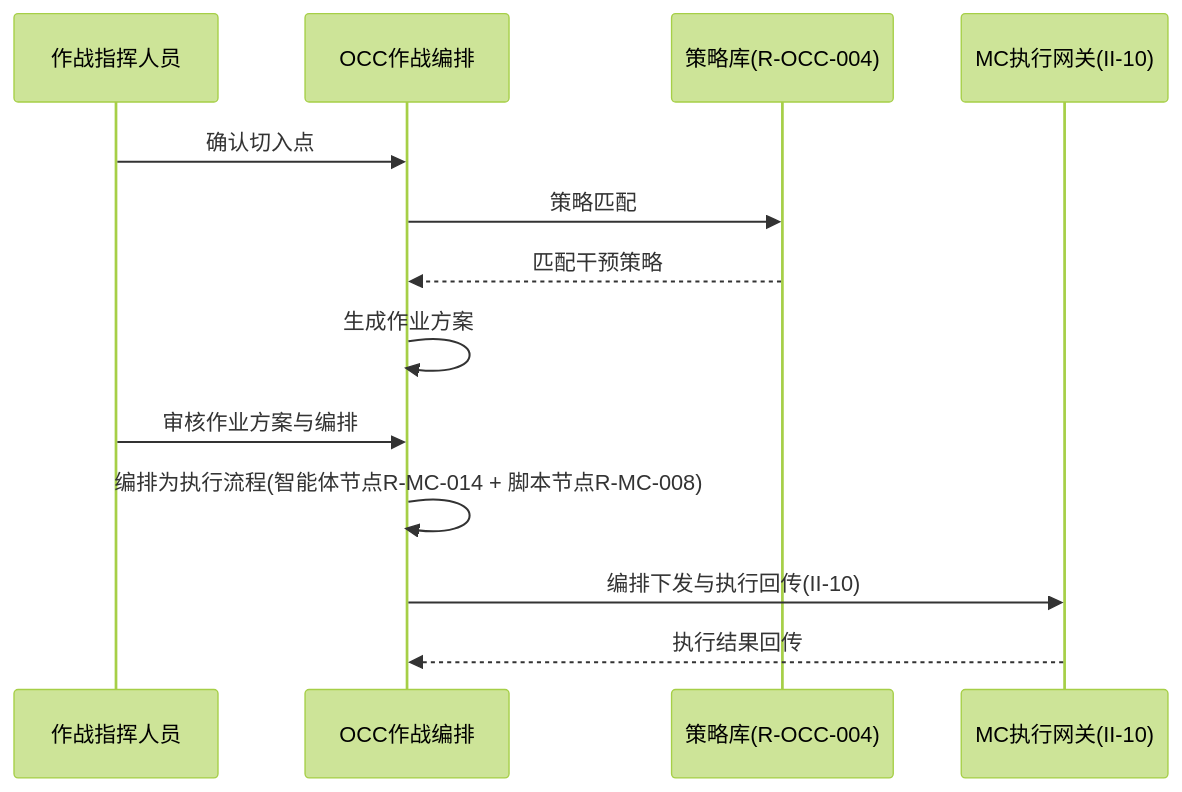
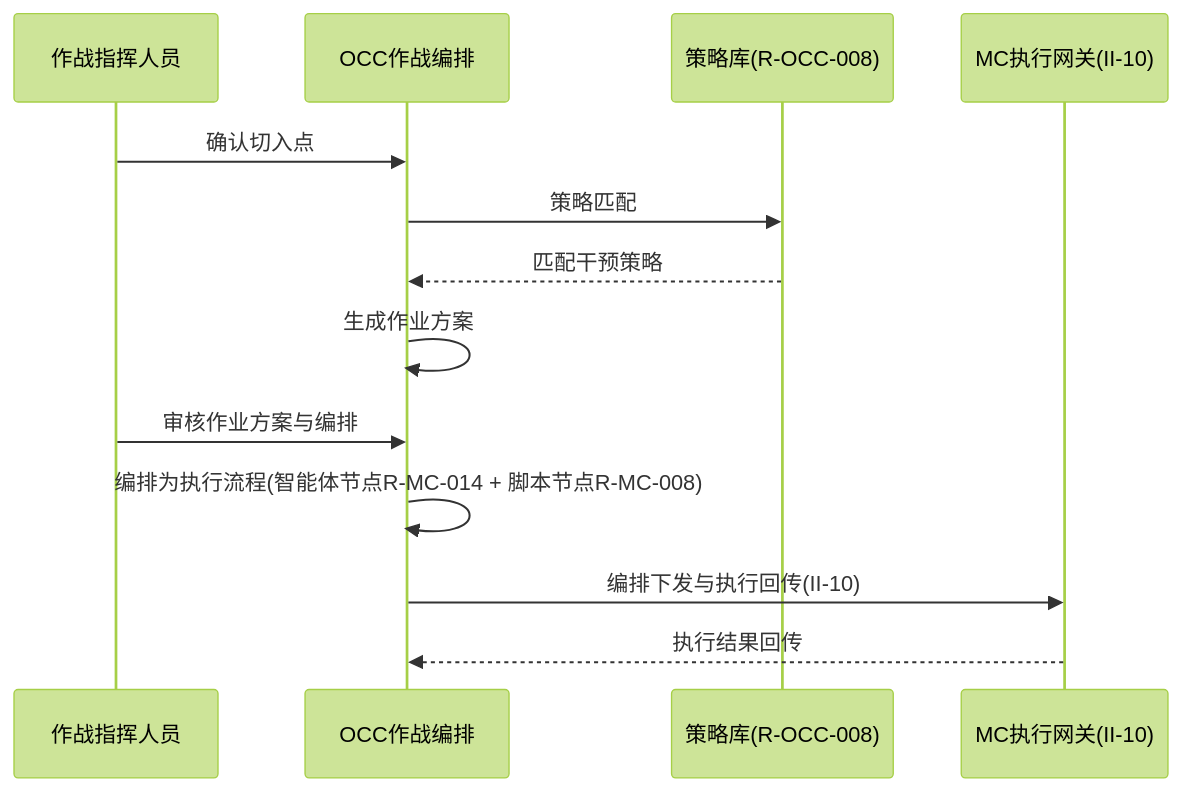
Diagram 44 of 50 in 公司项目/认知作战/文档/软件需求规格说明.md (Sj-g/obsidian), drawn with Mermaid (forest theme) before and after one commit. The commit also changed other lines of this file and 3 other files, not shown here.

````diff
--- a/公司项目/认知作战/文档/软件需求规格说明.md
+++ b/公司项目/认知作战/文档/软件需求规格说明.md
@@ -3216,15 +3216,15 @@
 ```mermaid
 sequenceDiagram
   participant 指挥 as 作战指挥人员
   participant OCC as OCC作战编排
-  participant 策略库 as 策略库(R-OCC-004)
+  participant 策略库 as 策略库(R-OCC-008)
   participant MC as MC执行网关(II-10)
   指挥->>OCC: 确认切入点
   OCC->>策略库: 策略匹配
   策略库-->>OCC: 匹配干预策略
   OCC->>OCC: 生成作业方案
   指挥->>OCC: 审核作业方案与编排
   OCC->>OCC: 编排为执行流程(智能体节点R-MC-014 + 脚本节点R-MC-008)
   OCC->>MC: 编排下发与执行回传(II-10)
   MC-->>OCC: 执行结果回传
 ```
````
